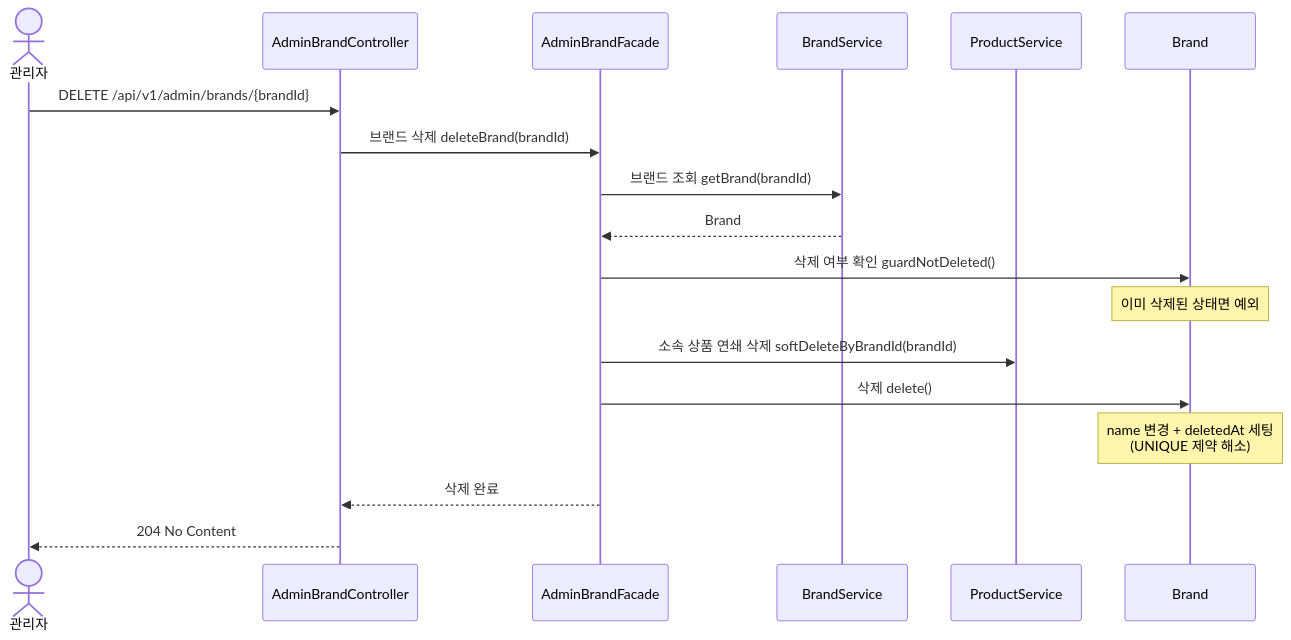
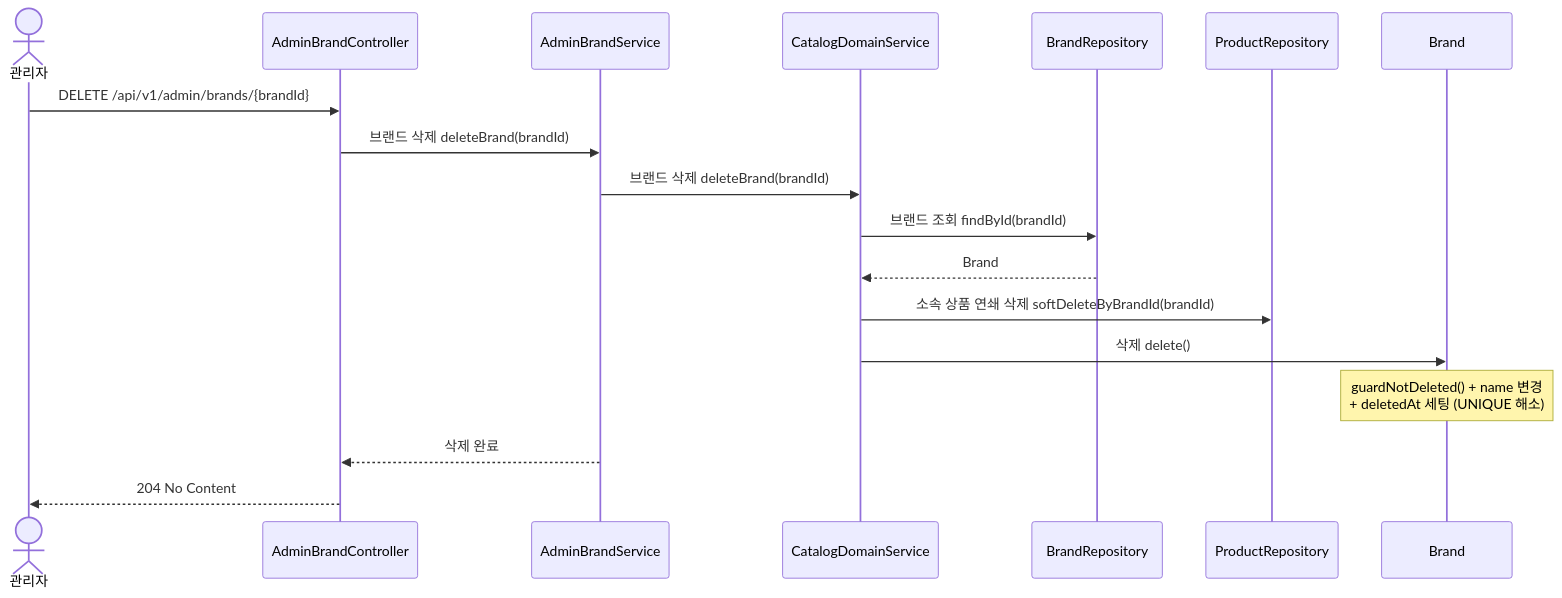
Diagram 14 of 21 in docs/design/02-sequence-diagrams.md (APapeIsName/loop-pack-be-l2-vol3-java), drawn with Mermaid before and after one commit. The commit also changed other lines of this file and 128 other files, not shown here.

````diff
--- a/docs/design/02-sequence-diagrams.md
+++ b/docs/design/02-sequence-diagrams.md
@@ -374,25 +374,24 @@
 ```mermaid
 sequenceDiagram
     actor A as 관리자
     participant C as AdminBrandController
-    participant F as AdminBrandFacade
-    participant BS as BrandService
-    participant PS as ProductService
+    participant BS as AdminBrandService
+    participant CDS as CatalogDomainService
+    participant BR as BrandRepository
+    participant PR as ProductRepository
     participant B as Brand
 
     A->>C: DELETE /api/v1/admin/brands/{brandId}
-    C->>F: 브랜드 삭제 deleteBrand(brandId)
+    C->>BS: 브랜드 삭제 deleteBrand(brandId)
 
-    F->>BS: 브랜드 조회 getBrand(brandId)
-    BS-->>F: Brand
+    BS->>CDS: 브랜드 삭제 deleteBrand(brandId)
+    CDS->>BR: 브랜드 조회 findById(brandId)
+    BR-->>CDS: Brand
 
-    F->>B: 삭제 여부 확인 guardNotDeleted()
-    Note over B: 이미 삭제된 상태면 예외
+    CDS->>PR: 소속 상품 연쇄 삭제 softDeleteByBrandId(brandId)
+    CDS->>B: 삭제 delete()
+    Note over B: guardNotDeleted() + name 변경<br/>+ deletedAt 세팅 (UNIQUE 해소)
 
-    F->>PS: 소속 상품 연쇄 삭제 softDeleteByBrandId(brandId)
-    F->>B: 삭제 delete()
-    Note over B: name 변경 + deletedAt 세팅<br/>(UNIQUE 제약 해소)
-
-    F-->>C: 삭제 완료
+    BS-->>C: 삭제 완료
     C-->>A: 204 No Content
 ```
````
